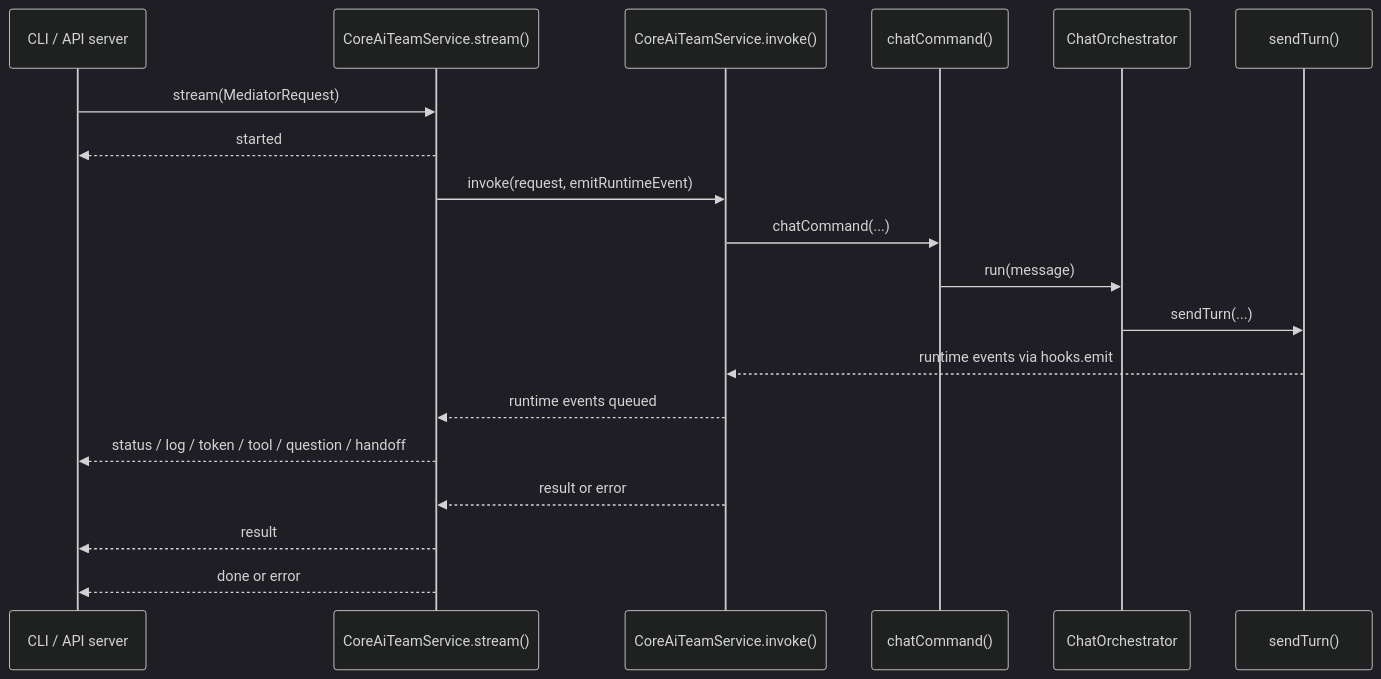
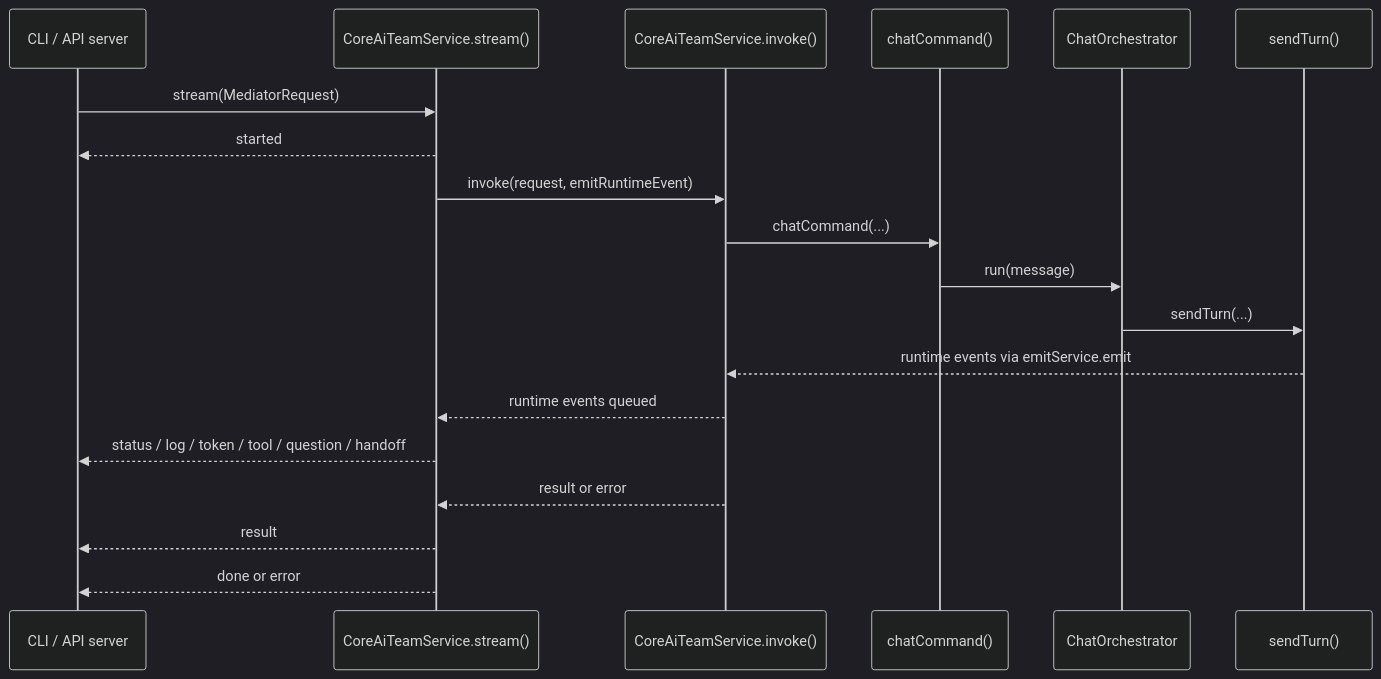
Before and after one commit to cmeierost/ai-team: the sixth of 9 diagrams in docs/architecture/diagrams.md, drawn with Mermaid (dark theme). The commit also changed other lines of this file and 220 other files, not shown here.

````diff
--- a/docs/architecture/diagrams.md
+++ b/docs/architecture/diagrams.md
@@ -166,22 +166,22 @@
 ```mermaid
 sequenceDiagram
   participant Surface as CLI / API server
   participant Service as CoreAiTeamService.stream()
   participant Invoke as CoreAiTeamService.invoke()
   participant Chat as chatCommand()
   participant Orch as ChatOrchestrator
   participant Turn as sendTurn()
 
   Surface->>Service: stream(MediatorRequest)
   Service-->>Surface: started
   Service->>Invoke: invoke(request, emitRuntimeEvent)
   Invoke->>Chat: chatCommand(...)
   Chat->>Orch: run(message)
   Orch->>Turn: sendTurn(...)
-  Turn-->>Invoke: runtime events via hooks.emit
+  Turn-->>Invoke: runtime events via emitService.emit
   Invoke-->>Service: runtime events queued
   Service-->>Surface: status / log / token / tool / question / handoff
   Invoke-->>Service: result or error
   Service-->>Surface: result
   Service-->>Surface: done or error
 ```
````
